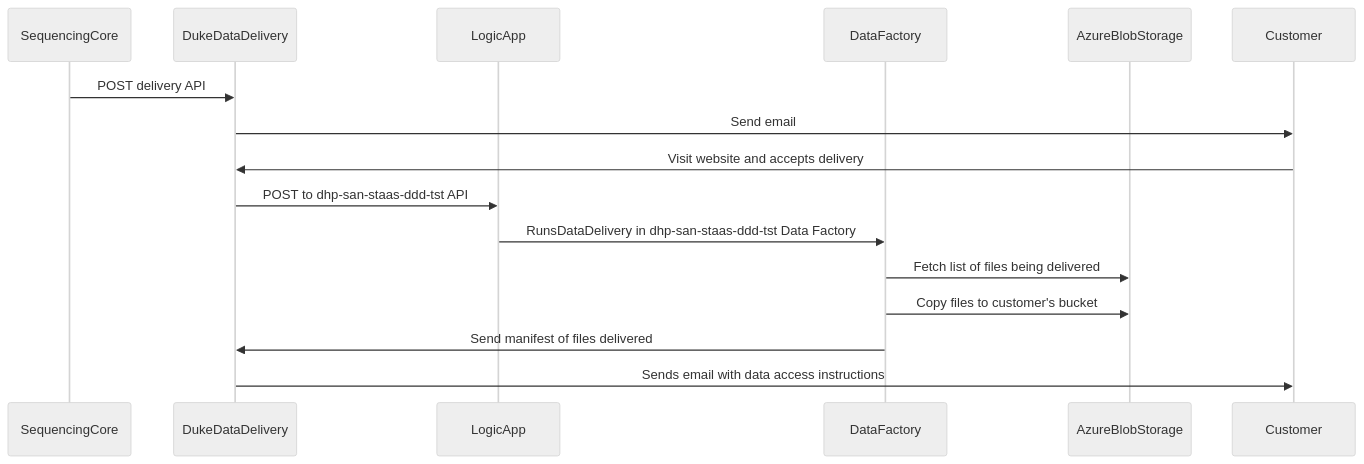
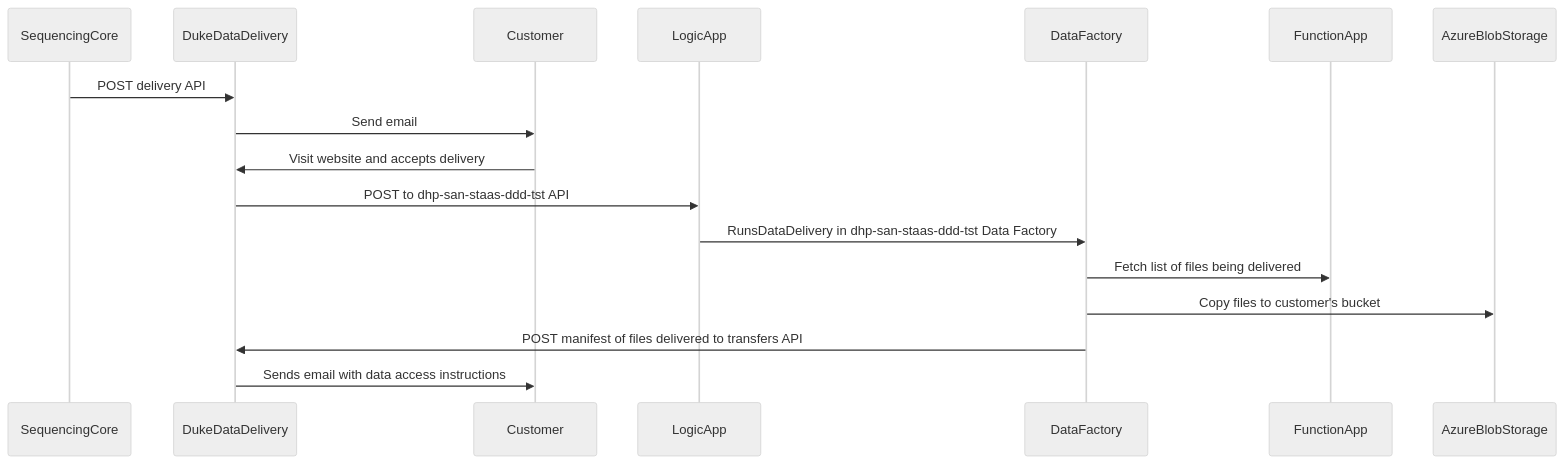
Before and after one commit to Duke-GCB/D4S2: the diagram in Azure-Delivery.md, drawn with Mermaid (neutral theme).

````diff
--- a/Azure-Delivery.md
+++ b/Azure-Delivery.md
@@ -3,18 +3,19 @@
 ```mermaid
 sequenceDiagram
     participant SequencingCore
     participant DukeDataDelivery
+    participant Customer
     participant LogicApp
     participant DataFactory
+    participant FunctionApp    
     participant AzureBlobStorage    
-    participant Customer
     SequencingCore->>DukeDataDelivery: POST delivery API
     DukeDataDelivery->>Customer: Send email
     Customer->>DukeDataDelivery: Visit website and accepts delivery
     DukeDataDelivery->>LogicApp: POST to dhp-san-staas-ddd-tst API
     LogicApp->>DataFactory: RunsDataDelivery in dhp-san-staas-ddd-tst Data Factory
-    DataFactory->>AzureBlobStorage: Fetch list of files being delivered
+    DataFactory->>FunctionApp: Fetch list of files being delivered
     DataFactory->>AzureBlobStorage: Copy files to customer's bucket 
-    DataFactory->>DukeDataDelivery: Send manifest of files delivered
+    DataFactory->>DukeDataDelivery: POST manifest of files delivered to transfers API
     DukeDataDelivery->>Customer: Sends email with data access instructions
 ```
````
